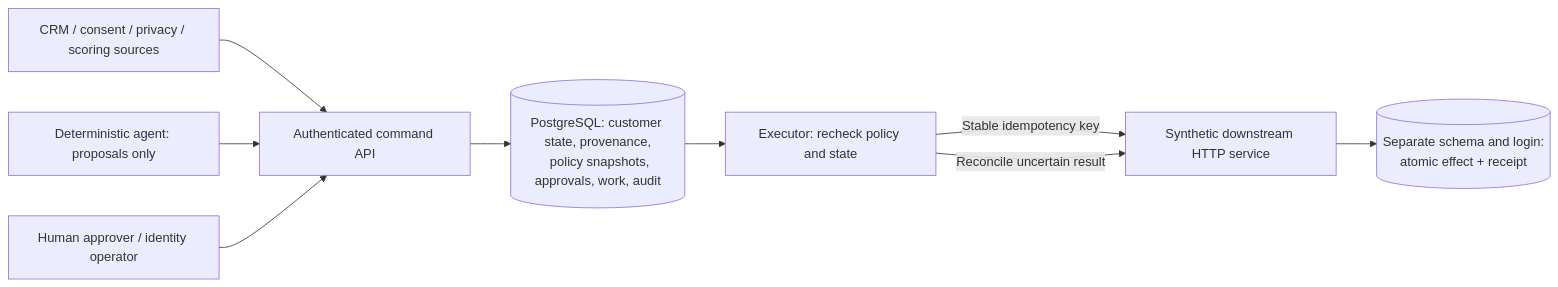
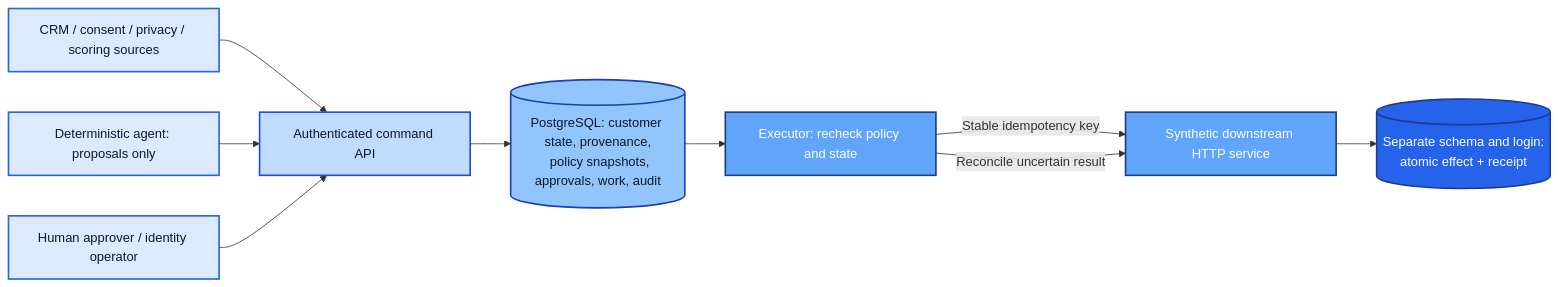
Before and after one commit to rlbsem/enterprise-martech-ai-control-plane: the diagram in README.md, drawn with Mermaid.

Commit message:
Style architecture diagram

````diff
--- a/README.md
+++ b/README.md
@@ -11,13 +11,25 @@
 ```mermaid
 flowchart LR
   S[CRM / consent / privacy / scoring sources] --> API[Authenticated command API]
   A[Deterministic agent: proposals only] --> API
   H[Human approver / identity operator] --> API
   API --> P[(PostgreSQL: customer state, provenance,
   policy snapshots, approvals, work, audit)]
   P --> W[Executor: recheck policy and state]
   W -->|Stable idempotency key| R[Synthetic downstream HTTP service]
   W -->|Reconcile uncertain result| R
   R --> E[(Separate schema and login:
   atomic effect + receipt)]
+
+  classDef input fill:#dbeafe,stroke:#2563eb,color:#0f172a,stroke-width:2px;
+  classDef foundation fill:#bfdbfe,stroke:#1d4ed8,color:#0f172a,stroke-width:2px;
+  classDef process fill:#93c5fd,stroke:#1e40af,color:#0f172a,stroke-width:2px;
+  classDef control fill:#60a5fa,stroke:#1e3a8a,color:#ffffff,stroke-width:2px;
+  classDef output fill:#2563eb,stroke:#1e3a8a,color:#ffffff,stroke-width:2px;
+
+  class S,A,H input;
+  class API foundation;
+  class P process;
+  class W,R control;
+  class E output;
 ```
````
